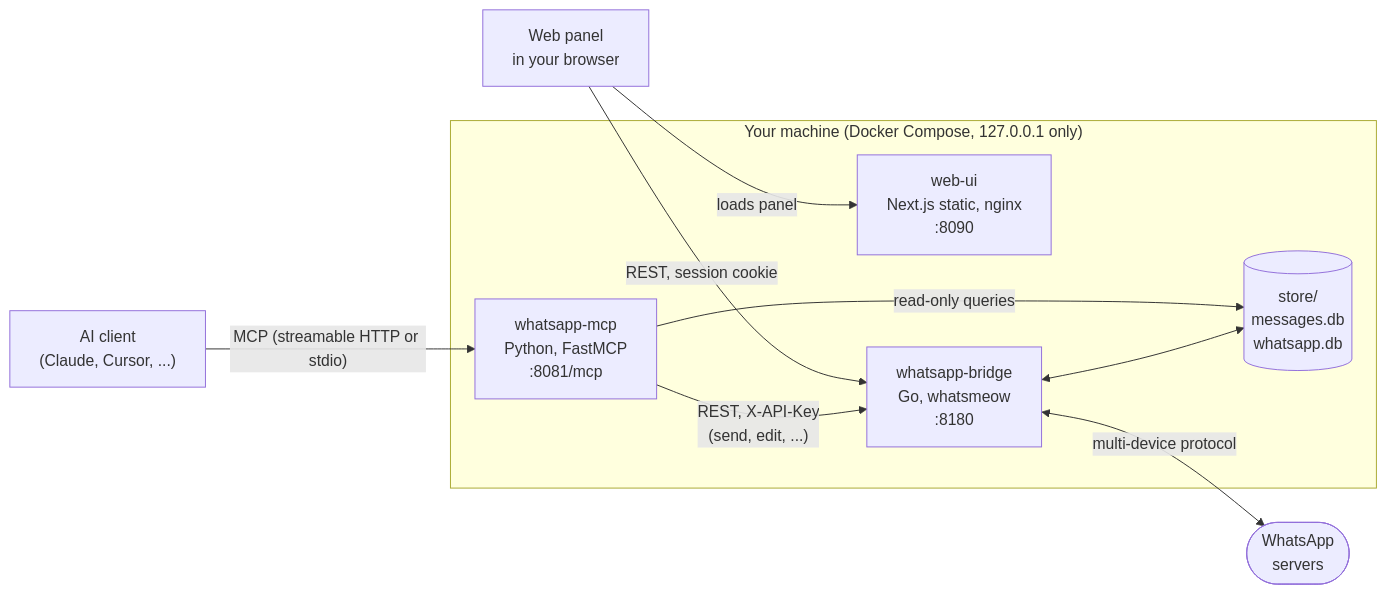
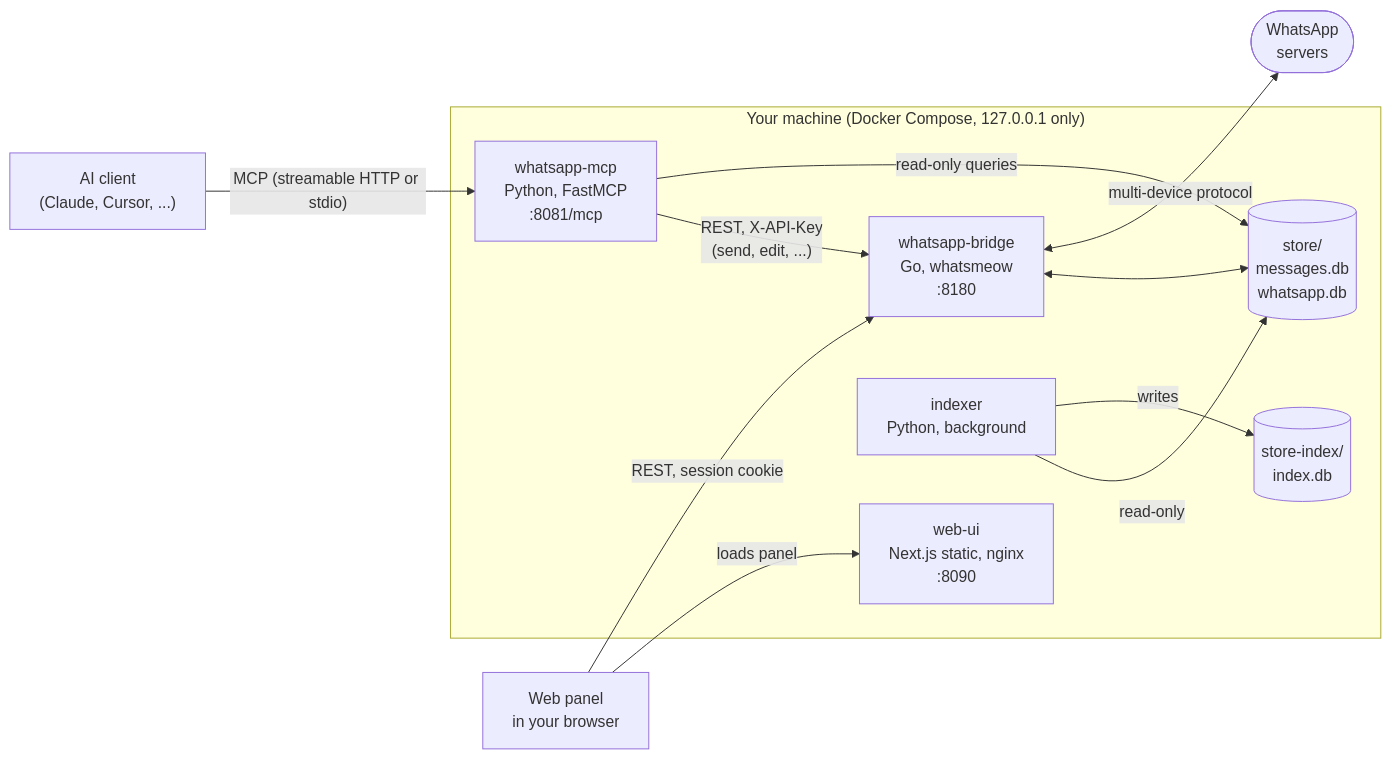
The diagram in docs/architecture.md (matheuspina/whatsapp-mcp), drawn with Mermaid before and after one commit. The commit also changed other lines of this file and 22 other files, not shown here.

First line of the commit message:
feat(search): add local search indexer (phase 1: keyword index)

````diff
--- a/docs/architecture.md
+++ b/docs/architecture.md
@@ -8,22 +8,26 @@
 ```mermaid
 flowchart LR
     Client["AI client<br/>(Claude, Cursor, ...)"]
     Browser["Web panel<br/>in your browser"]
 
     subgraph Host["Your machine (Docker Compose, 127.0.0.1 only)"]
         MCP["whatsapp-mcp<br/>Python, FastMCP<br/>:8081/mcp"]
         UI["web-ui<br/>Next.js static, nginx<br/>:8090"]
         Bridge["whatsapp-bridge<br/>Go, whatsmeow<br/>:8180"]
         Store[("store/<br/>messages.db<br/>whatsapp.db")]
+        Indexer["indexer<br/>Python, background"]
+        IndexDB[("store-index/<br/>index.db")]
     end
 
     WA(["WhatsApp<br/>servers"])
 
     Client -- "MCP (streamable HTTP or stdio)" --> MCP
     Browser -- "loads panel" --> UI
     Browser -- "REST, session cookie" --> Bridge
     MCP -- "REST, X-API-Key<br/>(send, edit, ...)" --> Bridge
     MCP -- "read-only queries" --> Store
     Bridge <--> Store
+    Indexer -- "read-only" --> Store
+    Indexer -- "writes" --> IndexDB
     Bridge <-- "multi-device protocol" --> WA
 ```
````
